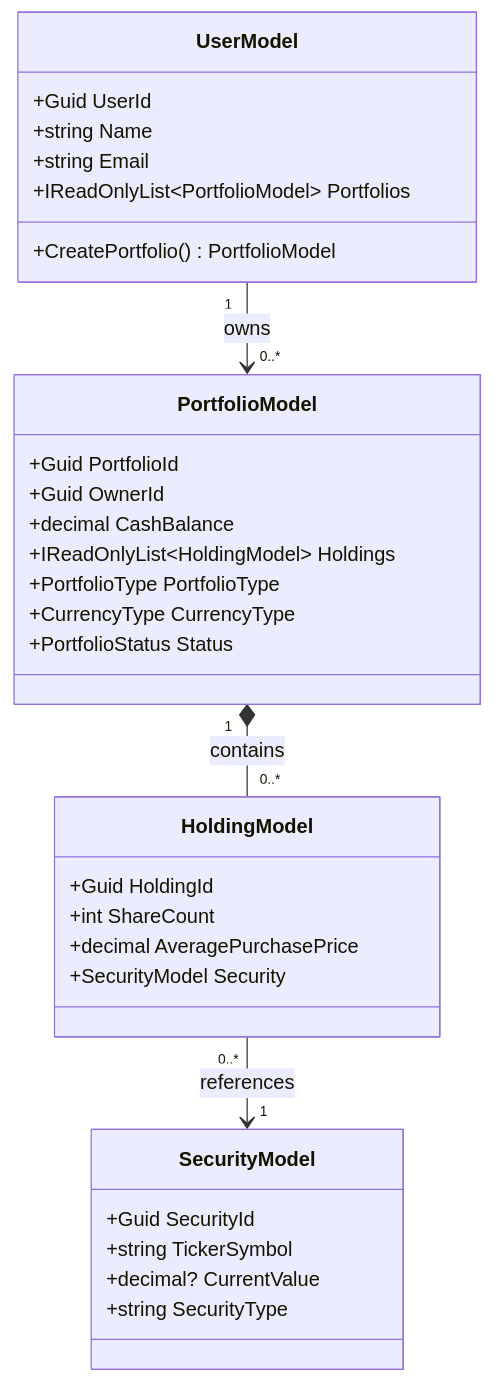
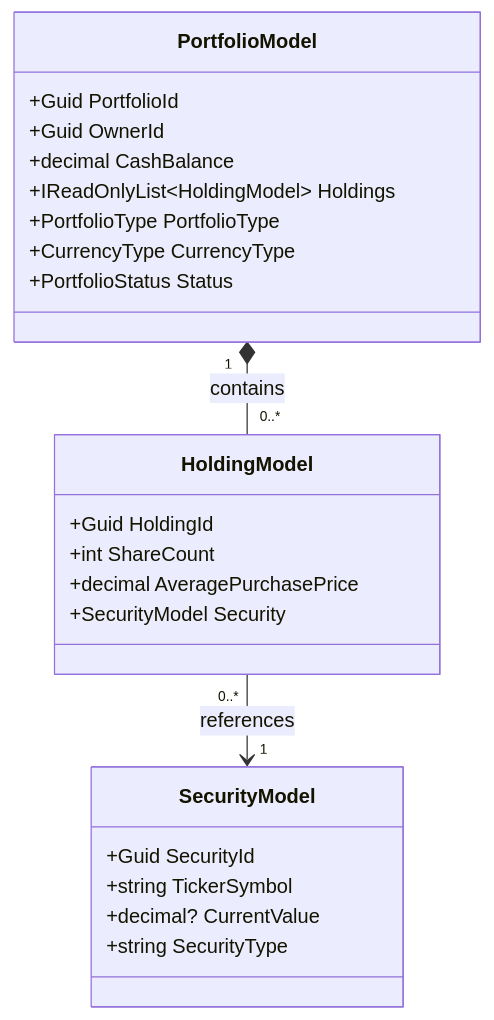
Before and after one commit to Myo-Myat-Thiha/Sep2026: the diagram in README.md, drawn with Mermaid. The commit also changed other lines of this file and 36 other files, not shown here.

Commit message:
feat(New User): add the new function to create the user.

````diff
--- a/README.md
+++ b/README.md
@@ -225,40 +243,31 @@
 ```mermaid
 classDiagram
     direction TB
-
-    class UserModel {
-        +Guid UserId
-        +string Name
-        +string Email
-        +IReadOnlyList~PortfolioModel~ Portfolios
-        +CreatePortfolio() PortfolioModel
-    }
 
     class PortfolioModel {
         +Guid PortfolioId
         +Guid OwnerId
         +decimal CashBalance
         +IReadOnlyList~HoldingModel~ Holdings
         +PortfolioType PortfolioType
         +CurrencyType CurrencyType
         +PortfolioStatus Status
     }
 
     class HoldingModel {
         +Guid HoldingId
         +int ShareCount
         +decimal AveragePurchasePrice
         +SecurityModel Security
     }
 
     class SecurityModel {
         +Guid SecurityId
         +string TickerSymbol
         +decimal? CurrentValue
         +string SecurityType
     }
 
-    UserModel "1" --> "0..*" PortfolioModel : owns
     PortfolioModel "1" *-- "0..*" HoldingModel : contains
     HoldingModel "0..*" --> "1" SecurityModel : references
 ```
````
